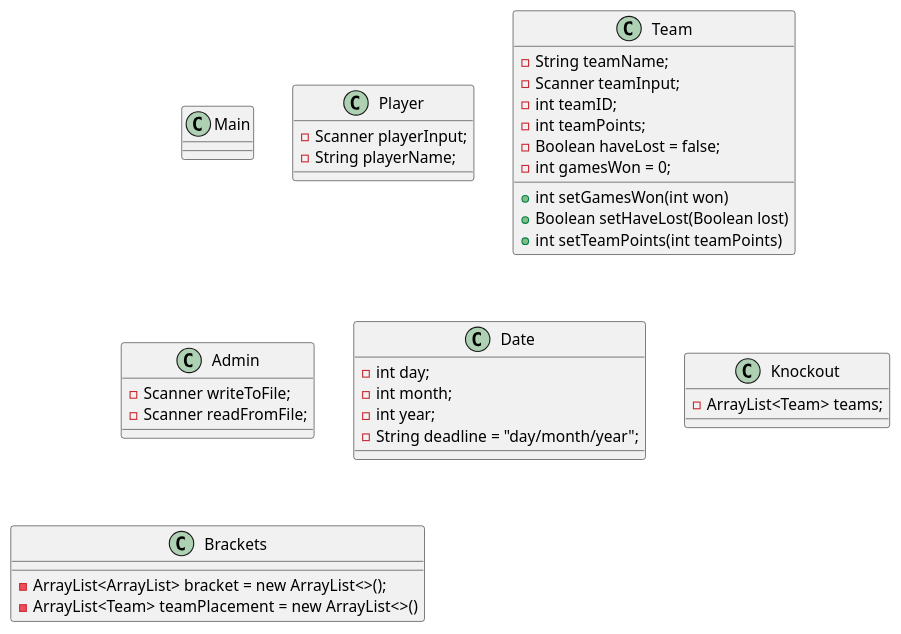
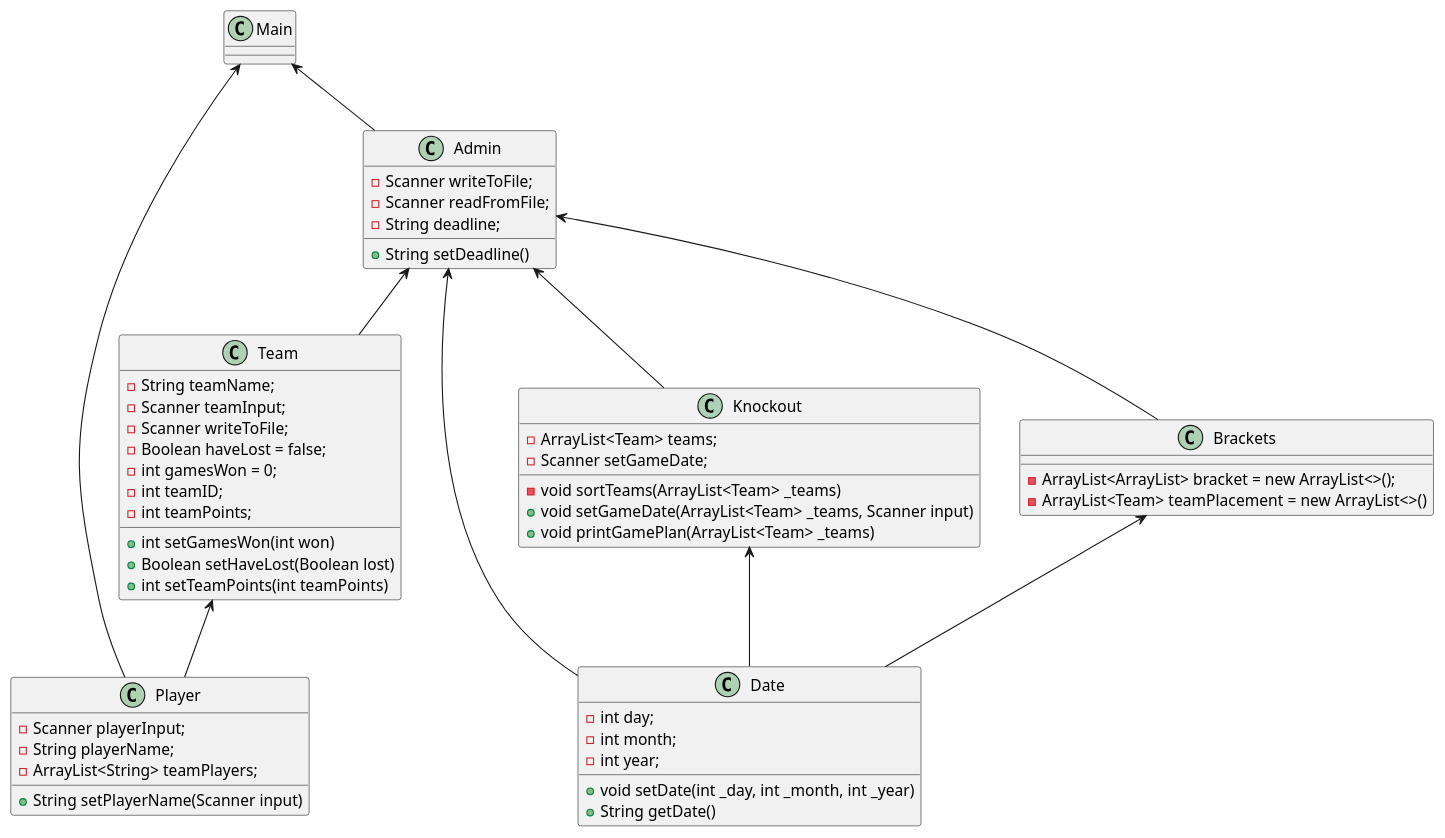
Before and after one commit to EmmsDK/Diagrams: the diagram in src/PlantUML/Class Diagram.puml, drawn with PlantUML.

Commit message:
Class diagram changes

```diff
--- a/src/PlantUML/Class Diagram.puml
+++ b/src/PlantUML/Class Diagram.puml
@@ -1,44 +1,67 @@
 @startuml
 class Main{}
 
 class Player{
     - Scanner playerInput;
     - String playerName;
+    - ArrayList<String> teamPlayers;
+
+    + String setPlayerName(Scanner input)
 }
 
 class Team{
     - String teamName;
     - Scanner teamInput;
+    - Scanner writeToFile;
+    - Boolean haveLost = false;
+    - int gamesWon = 0;
     - int teamID;
     - int teamPoints;
-    - Boolean haveLost = false;
-    - int gamesWon = 0;
     + int setGamesWon(int won)
     + Boolean setHaveLost(Boolean lost)
     + int setTeamPoints(int teamPoints)
 }
 
 class Admin{
     - Scanner writeToFile;
     - Scanner readFromFile;
-
+    - String deadline;
+    + String setDeadline()
 }
 
 class Date{
     - int day;
     - int month;
     - int year;
-    - String deadline = "day/month/year";
+    + void setDate(int _day, int _month, int _year)
+    + String getDate()
 }
 
 class Knockout{
     - ArrayList<Team> teams;
+    - Scanner setGameDate;
+    - void sortTeams(ArrayList<Team> _teams)
+    + void setGameDate(ArrayList<Team> _teams, Scanner input)
+    + void printGamePlan(ArrayList<Team> _teams)
 }
 
 class Brackets{
     - ArrayList<ArrayList> bracket = new ArrayList<>();
     - ArrayList<Team> teamPlacement = new ArrayList<>()
 }
 
+Main <-- Admin
+Main <-- Player
+
+Team <-- Player
+
+Admin <-- Knockout
+Admin <-- Brackets
+Admin <-- Date
+Admin <-- Team
+
+Knockout <-- Date
+Brackets <-- Date
+
 
 @enduml
```
